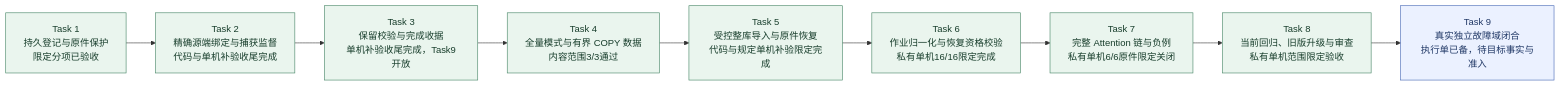
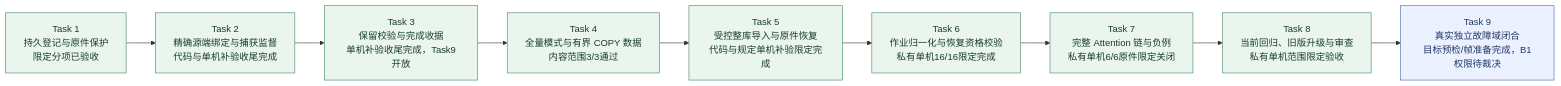
One commit to MansurnamedZhang/learning-system-p0c4 changed the second of 9 diagrams in docs/KnowWeave实施路线与系统架构.md. Above: the diagram before and after it, drawn with Mermaid. The commit also changed other lines of this file and 15 other files, not shown here.

````diff
--- a/docs/KnowWeave实施路线与系统架构.md
+++ b/docs/KnowWeave实施路线与系统架构.md
@@ -80,25 +80,25 @@
 ```mermaid
 flowchart LR
     C4T1["Task 1<br/>持久登记与原件保护<br/>限定分项已验收"]
     C4T2["Task 2<br/>精确源端绑定与捕获监督<br/>代码与单机补验收尾完成"]
     C4T3["Task 3<br/>保留校验与完成收据<br/>单机补验收尾完成，Task9开放"]
     C4T4["Task 4<br/>全量模式与有界 COPY 数据<br/>内容范围3/3通过"]
     C4T5["Task 5<br/>受控整库导入与原件恢复<br/>代码与规定单机补验限定完成"]
     C4T6["Task 6<br/>作业归一化与恢复资格校验<br/>私有单机16/16限定完成"]
     C4T7["Task 7<br/>完整 Attention 链与负例<br/>私有单机6/6原件限定关闭"]
     C4T8["Task 8<br/>当前回归、旧版升级与审查<br/>私有单机范围限定验收"]
-    C4T9["Task 9<br/>真实独立故障域闭合<br/>执行单已备，待目标事实与准入"]
+    C4T9["Task 9<br/>真实独立故障域闭合<br/>目标预检/帧准备完成，B1权限待裁决"]
     C4T1 --> C4T2
     C4T2 --> C4T3
     C4T3 --> C4T4
     C4T4 --> C4T5
     C4T5 --> C4T6
     C4T6 --> C4T7
     C4T7 --> C4T8
     C4T8 --> C4T9
     class C4T1,C4T2,C4T3,C4T4,C4T5,C4T6,C4T7,C4T8 done
     class C4T9 next
     classDef done fill:#eaf5ee,stroke:#438363,color:#173d2b
     classDef next fill:#ebf1ff,stroke:#4365b4,color:#203866
     classDef planned fill:#f2f4f8,stroke:#8591a3,color:#28354b
 ```
````
